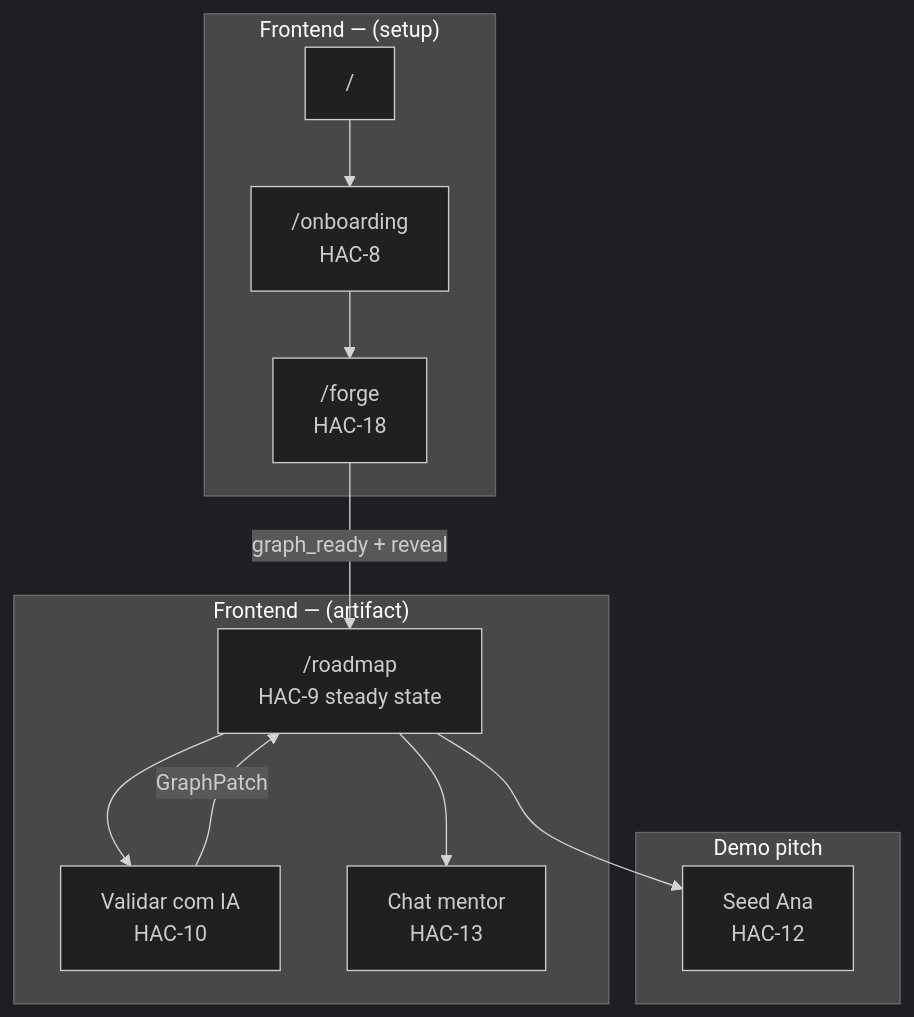
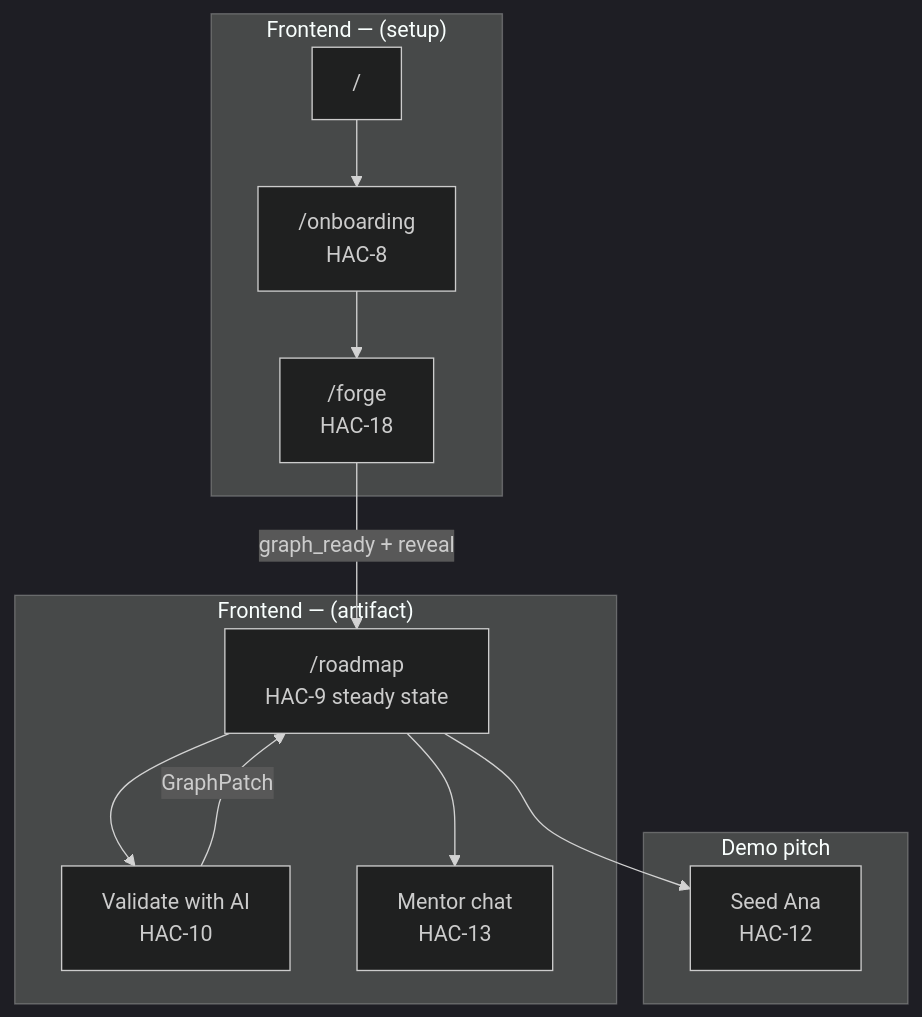
Before and after one commit to BorderlessCodingHub/career-forge-v2: the first of 3 diagrams in docs/engineering/EXECUTION-FLOW.md, drawn with Mermaid (dark theme). The commit also changed other lines of this file and 24 other files, not shown here.

````diff
--- a/docs/engineering/EXECUTION-FLOW.md
+++ b/docs/engineering/EXECUTION-FLOW.md
@@ -42,25 +42,25 @@
 ```mermaid
 flowchart TB
     subgraph SETUP["Frontend — (setup)"]
         HOME["/"]
         ONB["/onboarding<br/>HAC-8"]
         FORGE["/forge<br/>HAC-18"]
         HOME --> ONB --> FORGE
     end
 
     subgraph ARTIFACT["Frontend — (artifact)"]
         ROAD["/roadmap<br/>HAC-9 steady state"]
-        VAL_UI["Validar com IA<br/>HAC-10"]
-        MENTOR_UI["Chat mentor<br/>HAC-13"]
+        VAL_UI["Validate with AI<br/>HAC-10"]
+        MENTOR_UI["Mentor chat<br/>HAC-13"]
         ROAD --> VAL_UI
         ROAD --> MENTOR_UI
     end
 
     FORGE -->|"graph_ready + reveal"| ROAD
     VAL_UI -->|"GraphPatch"| ROAD
 
     subgraph DEMO["Demo pitch"]
         ANA["Seed Ana<br/>HAC-12"]
     end
     ROAD --> ANA
 ```
````
